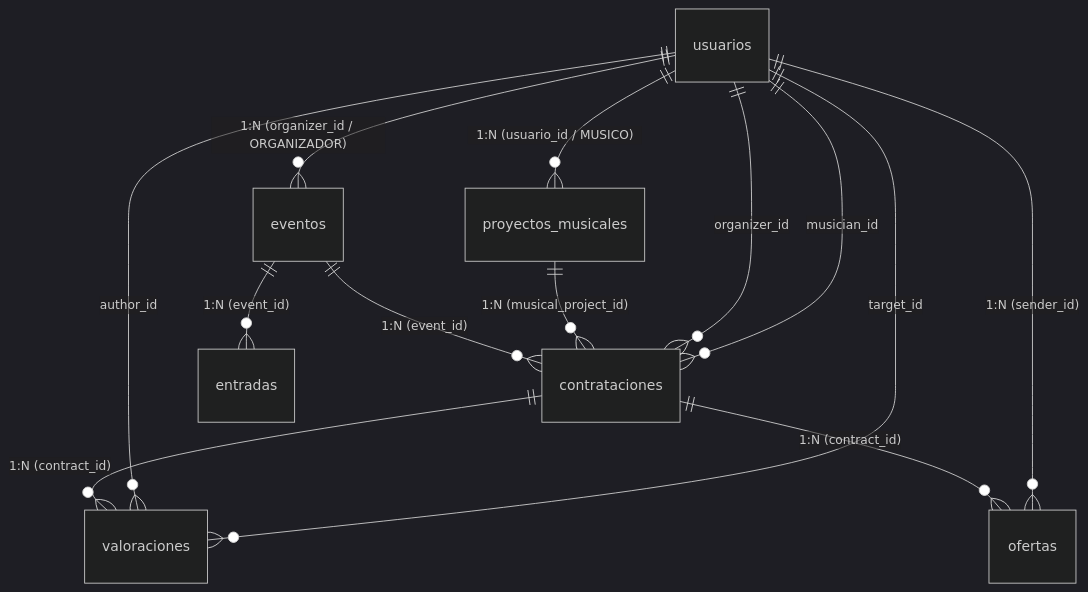
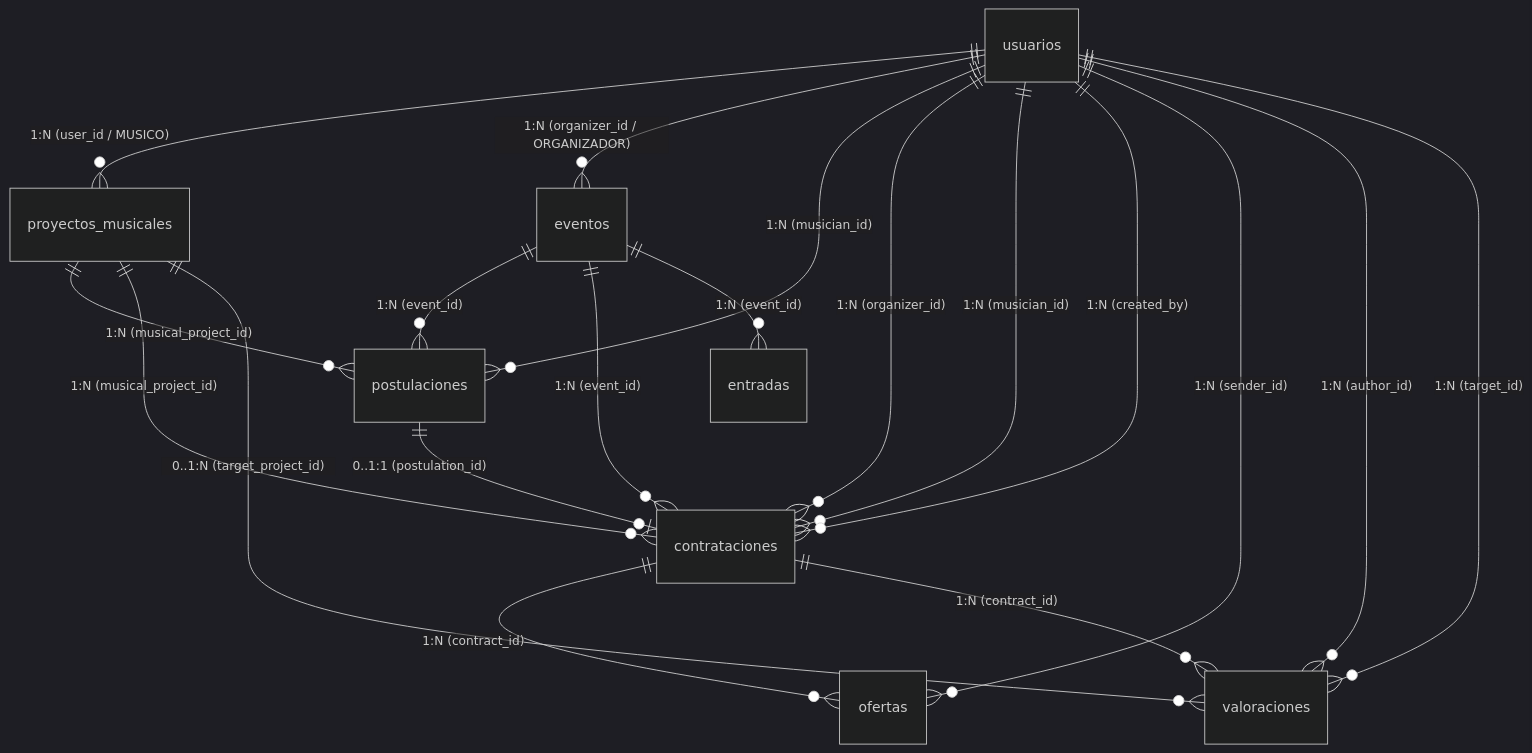
One commit to Terrazzino/ARMATUPOGO changed the diagram in docs/DATABASE.md. Above: the diagram before and after it, drawn with Mermaid (dark theme). The commit also changed other lines of this file and 3 other files, not shown here.

````diff
--- a/docs/DATABASE.md
+++ b/docs/DATABASE.md
@@ -15,15 +18,25 @@
 ```mermaid
 erDiagram
-    usuarios ||--o{ proyectos_musicales : "1:N (usuario_id / MUSICO)"
+    usuarios ||--o{ proyectos_musicales : "1:N (user_id / MUSICO)"
     usuarios ||--o{ eventos : "1:N (organizer_id / ORGANIZADOR)"
+    usuarios ||--o{ postulaciones : "1:N (musician_id)"
+    usuarios ||--o{ contrataciones : "1:N (organizer_id)"
+    usuarios ||--o{ contrataciones : "1:N (musician_id)"
+    usuarios ||--o{ contrataciones : "1:N (created_by)"
+    usuarios ||--o{ ofertas : "1:N (sender_id)"
+    usuarios ||--o{ valoraciones : "1:N (author_id)"
+    usuarios ||--o{ valoraciones : "1:N (target_id)"
+
+    eventos ||--o{ postulaciones : "1:N (event_id)"
     eventos ||--o{ contrataciones : "1:N (event_id)"
+    eventos ||--o{ entradas : "1:N (event_id)"
+
+    proyectos_musicales ||--o{ postulaciones : "1:N (musical_project_id)"
     proyectos_musicales ||--o{ contrataciones : "1:N (musical_project_id)"
-    usuarios ||--o{ contrataciones : "organizer_id"
-    usuarios ||--o{ contrataciones : "musician_id"
+    proyectos_musicales ||--o{ valoraciones : "0..1:N (target_project_id)"
+
+    postulaciones ||--o| contrataciones : "0..1:1 (postulation_id)"
+
     contrataciones ||--o{ ofertas : "1:N (contract_id)"
-    usuarios ||--o{ ofertas : "1:N (sender_id)"
     contrataciones ||--o{ valoraciones : "1:N (contract_id)"
-    usuarios ||--o{ valoraciones : "author_id"
-    usuarios ||--o{ valoraciones : "target_id"
-    eventos ||--o{ entradas : "1:N (event_id)"
 ```
````
